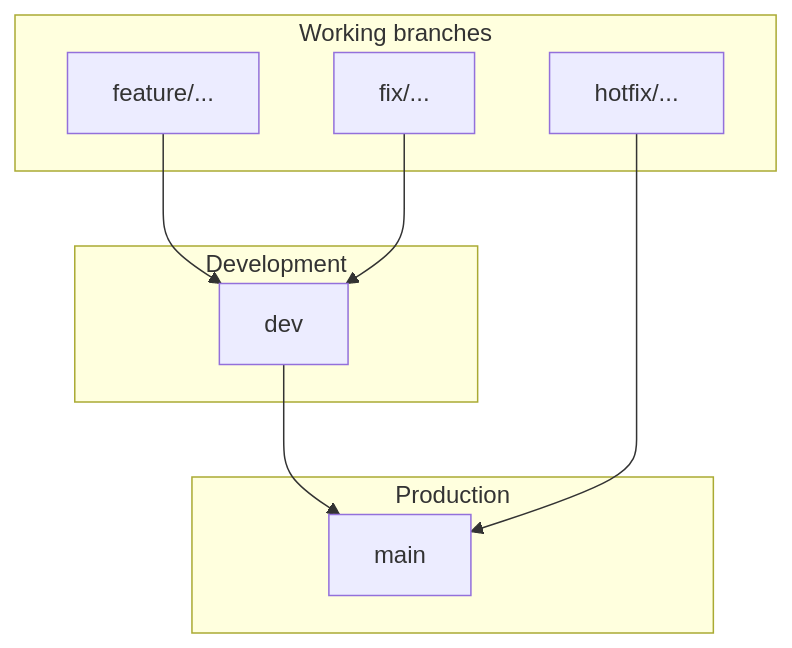
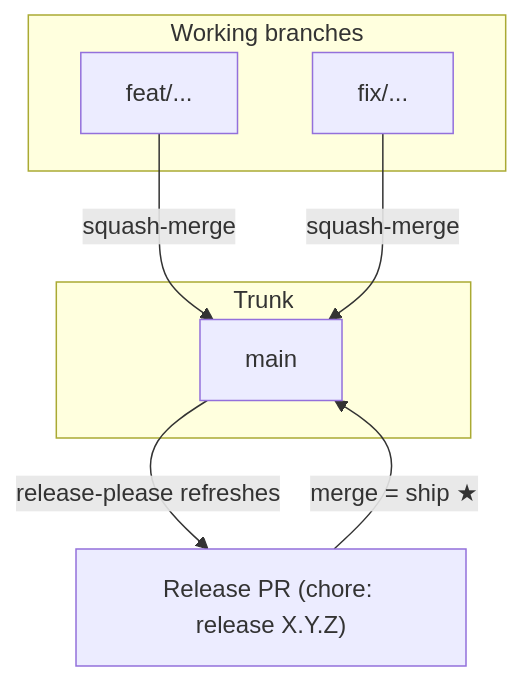
The diagram in docs/process/git-workflow.md (nikunjmavani/core-fe), drawn with Mermaid before and after one commit. The commit also changed other lines of this file and 2 other files, not shown here.

First line of the commit message:
docs(process): rewrite git-workflow for the single-trunk model (#66)

````diff
--- a/docs/process/git-workflow.md
+++ b/docs/process/git-workflow.md
@@ -60,21 +57,15 @@
 ```mermaid
 flowchart TB
-  subgraph prod [Production]
+  subgraph work [Working branches]
+    feature[feat/...]
+    fix[fix/...]
+  end
+  subgraph trunk [Trunk]
     main[main]
   end
-
-  subgraph dev_env [Development]
-    dev[dev]
-  end
-
-  subgraph work [Working branches]
-    feature[feature/...]
-    fix[fix/...]
-    hotfix[hotfix/...]
-  end
-
-  feature --> dev
-  fix --> dev
-  dev --> main
-  hotfix --> main
+  releasepr["Release PR (chore: release X.Y.Z)"]
+  feature -->|squash-merge| main
+  fix -->|squash-merge| main
+  main -->|release-please refreshes| releasepr
+  releasepr -->|merge = ship ★| main
 ```
````
